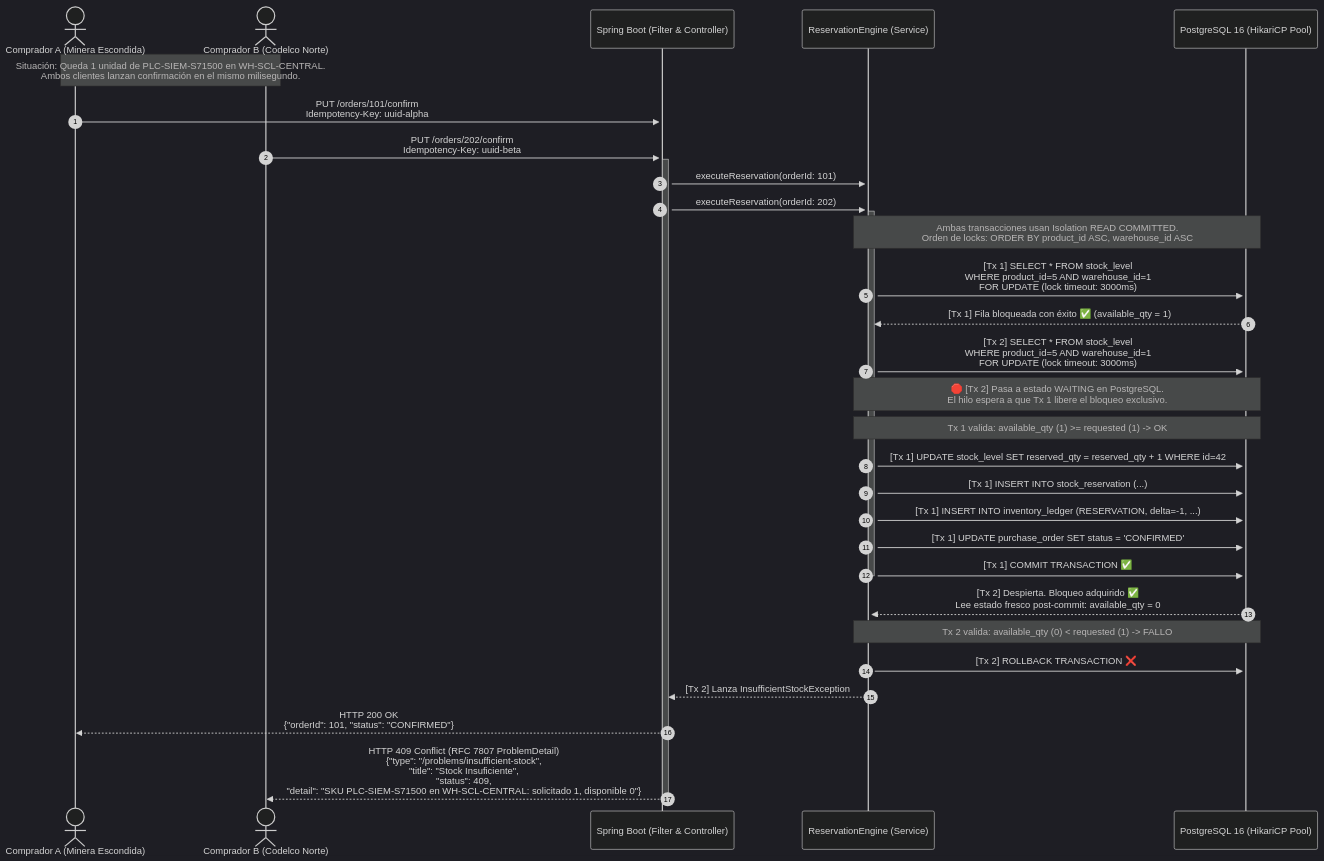
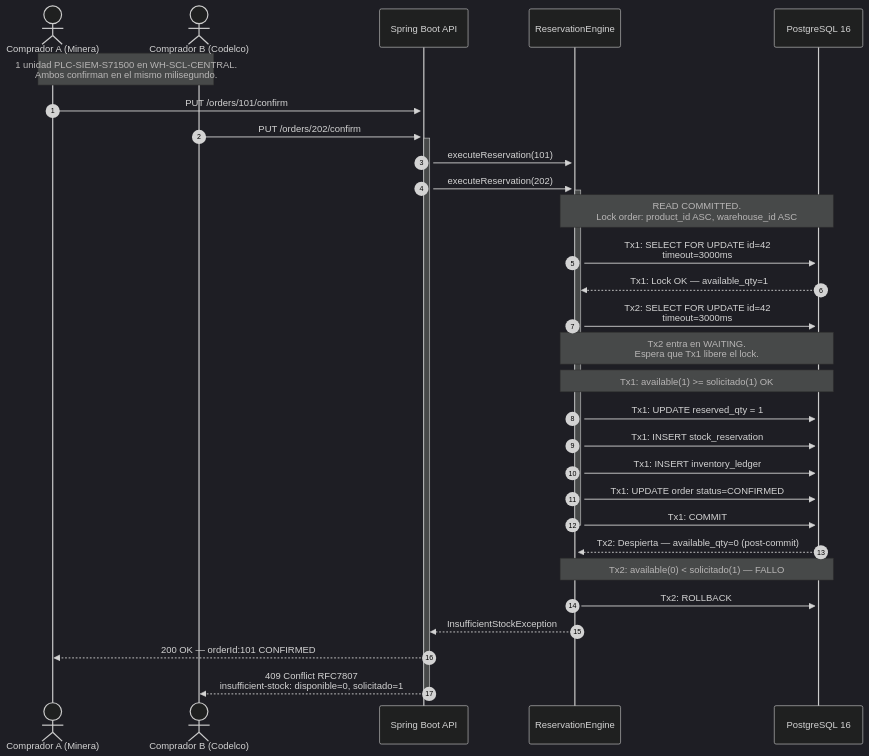
Before and after one commit to vivenegasl/stockpilot-b2b: the sixth of 6 diagrams in docs/architecture/ARCHITECTURE.md, drawn with Mermaid (dark theme). The commit also changed other lines of this file, not shown here.

First line of the commit message:
fix(docs): corrige formulas LaTeX y recorte de texto en diagramas Mermaid de ARCHITECTURE.md

````diff
--- a/docs/architecture/ARCHITECTURE.md
+++ b/docs/architecture/ARCHITECTURE.md
@@ -301,41 +304,41 @@
 ```mermaid
 sequenceDiagram
     autonumber
-    actor Comprador_A as Comprador A (Minera Escondida)
-    actor Comprador_B as Comprador B (Codelco Norte)
-    participant API as Spring Boot (Filter & Controller)
-    participant Engine as ReservationEngine (Service)
-    participant DB as PostgreSQL 16 (HikariCP Pool)
+    actor A as Comprador A (Minera)
+    actor B as Comprador B (Codelco)
+    participant API as Spring Boot API
+    participant Engine as ReservationEngine
+    participant DB as PostgreSQL 16
 
-    Note over Comprador_A, Comprador_B: Situación: Queda 1 unidad de PLC-SIEM-S71500 en WH-SCL-CENTRAL.<br/>Ambos clientes lanzan confirmación en el mismo milisegundo.
+    Note over A,B: 1 unidad PLC-SIEM-S71500 en WH-SCL-CENTRAL.<br/>Ambos confirman en el mismo milisegundo.
 
-    Comprador_A->>+API: PUT /orders/101/confirm<br/>Idempotency-Key: uuid-alpha
-    Comprador_B->>+API: PUT /orders/202/confirm<br/>Idempotency-Key: uuid-beta
+    A->>+API: PUT /orders/101/confirm
+    B->>+API: PUT /orders/202/confirm
 
-    API->>+Engine: executeReservation(orderId: 101)
-    API->>+Engine: executeReservation(orderId: 202)
+    API->>+Engine: executeReservation(101)
+    API->>+Engine: executeReservation(202)
 
-    Note over Engine, DB: Ambas transacciones usan Isolation READ COMMITTED.<br/>Orden de locks: ORDER BY product_id ASC, warehouse_id ASC
+    Note over Engine,DB: READ COMMITTED.<br/>Lock order: product_id ASC, warehouse_id ASC
 
-    Engine->>+DB: [Tx 1] SELECT * FROM stock_level<br/>WHERE product_id=5 AND warehouse_id=1<br/>FOR UPDATE (lock timeout: 3000ms)
-    DB-->>Engine: [Tx 1] Fila bloqueada con éxito ✅ (available_qty = 1)
+    Engine->>+DB: Tx1: SELECT FOR UPDATE id=42<br/>timeout=3000ms
+    DB-->>Engine: Tx1: Lock OK — available_qty=1
 
-    Engine->>DB: [Tx 2] SELECT * FROM stock_level<br/>WHERE product_id=5 AND warehouse_id=1<br/>FOR UPDATE (lock timeout: 3000ms)
-    Note over Engine, DB: 🛑 [Tx 2] Pasa a estado WAITING en PostgreSQL.<br/>El hilo espera a que Tx 1 libere el bloqueo exclusivo.
+    Engine->>DB: Tx2: SELECT FOR UPDATE id=42<br/>timeout=3000ms
+    Note over Engine,DB: Tx2 entra en WAITING.<br/>Espera que Tx1 libere el lock.
 
-    Note over Engine, DB: Tx 1 valida: available_qty (1) >= requested (1) -> OK
-    Engine->>DB: [Tx 1] UPDATE stock_level SET reserved_qty = reserved_qty + 1 WHERE id=42
-    Engine->>DB: [Tx 1] INSERT INTO stock_reservation (...)
-    Engine->>DB: [Tx 1] INSERT INTO inventory_ledger (RESERVATION, delta=-1, ...)
-    Engine->>DB: [Tx 1] UPDATE purchase_order SET status = 'CONFIRMED'
-    Engine->>-DB: [Tx 1] COMMIT TRANSACTION ✅
+    Note over Engine,DB: Tx1: available(1) >= solicitado(1) OK
+    Engine->>DB: Tx1: UPDATE reserved_qty = 1
+    Engine->>DB: Tx1: INSERT stock_reservation
+    Engine->>DB: Tx1: INSERT inventory_ledger
+    Engine->>DB: Tx1: UPDATE order status=CONFIRMED
+    Engine->>-DB: Tx1: COMMIT
 
-    DB-->>Engine: [Tx 2] Despierta. Bloqueo adquirido ✅<br/>Lee estado fresco post-commit: available_qty = 0
+    DB-->>Engine: Tx2: Despierta — available_qty=0 (post-commit)
 
-    Note over Engine, DB: Tx 2 valida: available_qty (0) < requested (1) -> FALLO
-    Engine->>DB: [Tx 2] ROLLBACK TRANSACTION ❌
-    Engine-->>API: [Tx 2] Lanza InsufficientStockException
+    Note over Engine,DB: Tx2: available(0) < solicitado(1) — FALLO
+    Engine->>DB: Tx2: ROLLBACK
+    Engine-->>API: InsufficientStockException
 
-    API-->>Comprador_A: HTTP 200 OK<br/>{"orderId": 101, "status": "CONFIRMED"}
-    API-->>-Comprador_B: HTTP 409 Conflict (RFC 7807 ProblemDetail)<br/>{"type": "/problems/insufficient-stock",<br/> "title": "Stock Insuficiente",<br/> "status": 409,<br/> "detail": "SKU PLC-SIEM-S71500 en WH-SCL-CENTRAL: solicitado 1, disponible 0"}
+    API-->>A: 200 OK — orderId:101 CONFIRMED
+    API-->>-B: 409 Conflict RFC7807<br/>insufficient-stock: disponible=0, solicitado=1
 ```
````
